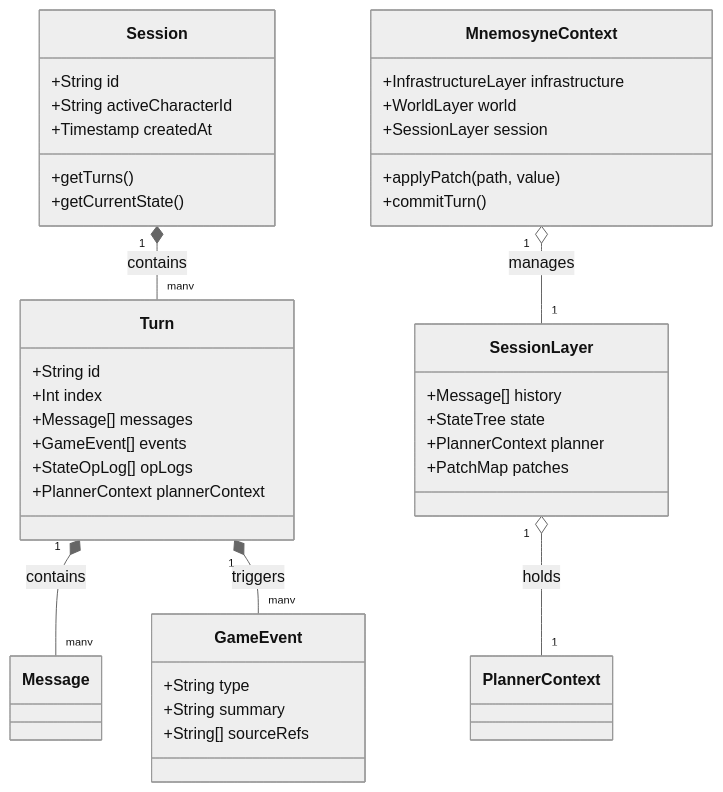
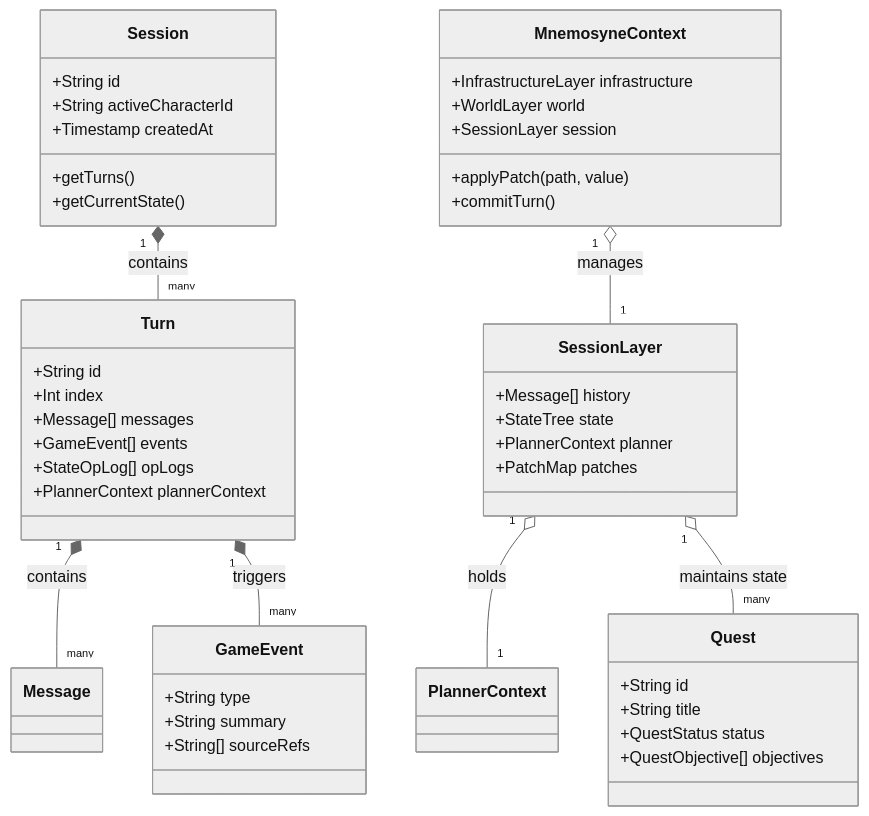
One commit to Abgetrennter/Clotho-Design changed the second of 2 diagrams in 00_active_specs/mnemosyne/abstract-data-structures.md. Above: the diagram before and after it, drawn with Mermaid (neutral theme). The commit also changed other lines of this file and 10 other files, not shown here.

````diff
--- a/00_active_specs/mnemosyne/abstract-data-structures.md
+++ b/00_active_specs/mnemosyne/abstract-data-structures.md
@@ -410,47 +436,55 @@
 ```mermaid
 classDiagram
     class Session {
         +String id
         +String activeCharacterId
         +Timestamp createdAt
         +getTurns()
         +getCurrentState()
     }
 
     class Turn {
         +String id
         +Int index
         +Message[] messages
         +GameEvent[] events
         +StateOpLog[] opLogs
         +PlannerContext plannerContext
     }
 
     class MnemosyneContext {
         +InfrastructureLayer infrastructure
         +WorldLayer world
         +SessionLayer session
         +applyPatch(path, value)
         +commitTurn()
     }
 
     class SessionLayer {
         +Message[] history
         +StateTree state
         +PlannerContext planner
         +PatchMap patches
     }
     
     class GameEvent {
         +String type
         +String summary
         +String[] sourceRefs
     }
 
+    class Quest {
+        +String id
+        +String title
+        +QuestStatus status
+        +QuestObjective[] objectives
+    }
+
     Session "1" *-- "many" Turn : contains
     Turn "1" *-- "many" Message : contains
     Turn "1" *-- "many" GameEvent : triggers
     
     MnemosyneContext "1" o-- "1" SessionLayer : manages
     SessionLayer "1" o-- "1" PlannerContext : holds
+    SessionLayer "1" o-- "many" Quest : maintains state
 ```
````
